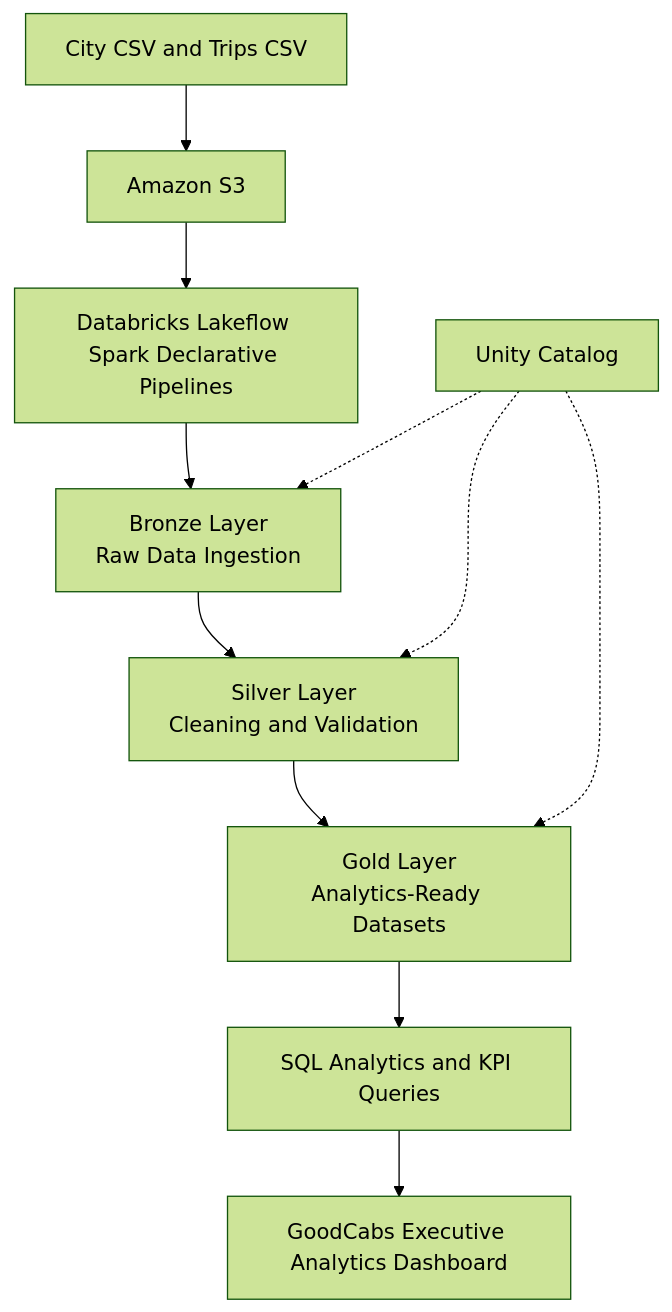
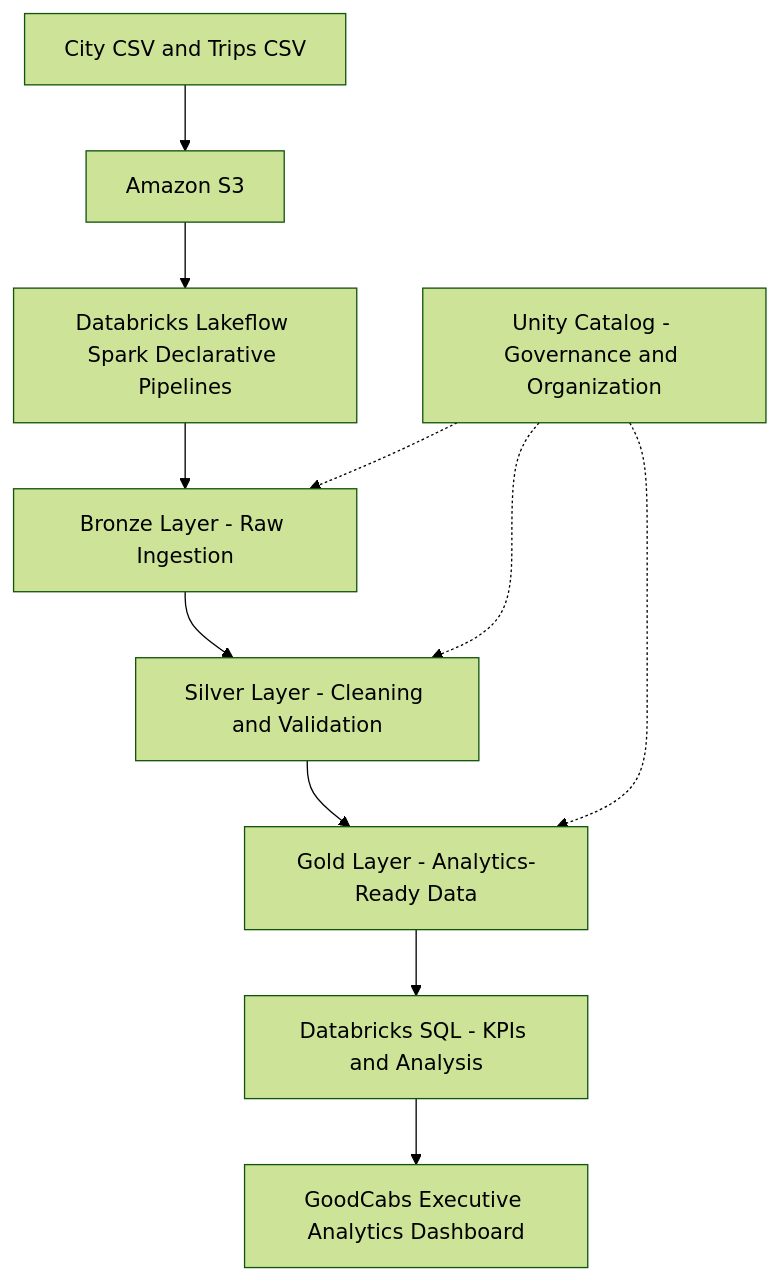
The diagram in README.md (Sejal-Jha/goodcabs-data-engineering), drawn with Mermaid (forest theme) before and after one commit. The commit also changed other lines of this file, not shown here.

````diff
--- a/README.md
+++ b/README.md
@@ -49,13 +51,14 @@
 ```mermaid
 flowchart TD
-    A[" City CSV and Trips CSV"] --> B[" Amazon S3"]
-    B --> C[" Databricks Lakeflow Spark Declarative Pipelines"]
-    C --> D[" Bronze Layer<br/>Raw Data Ingestion"]
-    D --> E[" Silver Layer<br/>Cleaning and Validation"]
-    E --> F[" Gold Layer<br/>Analytics-Ready Datasets"]
-    F --> G[" SQL Analytics and KPI Queries"]
-    G --> H[" GoodCabs Executive Analytics Dashboard"]
-    I[" Unity Catalog"] -.-> D
+    A["City CSV and Trips CSV"] --> B["Amazon S3"]
+    B --> C["Databricks Lakeflow Spark Declarative Pipelines"]
+    C --> D["Bronze Layer - Raw Ingestion"]
+    D --> E["Silver Layer - Cleaning and Validation"]
+    E --> F["Gold Layer - Analytics-Ready Data"]
+    F --> G["Databricks SQL - KPIs and Analysis"]
+    G --> H["GoodCabs Executive Analytics Dashboard"]
+
+    I["Unity Catalog - Governance and Organization"] -.-> D
     I -.-> E
     I -.-> F
 ```
````
